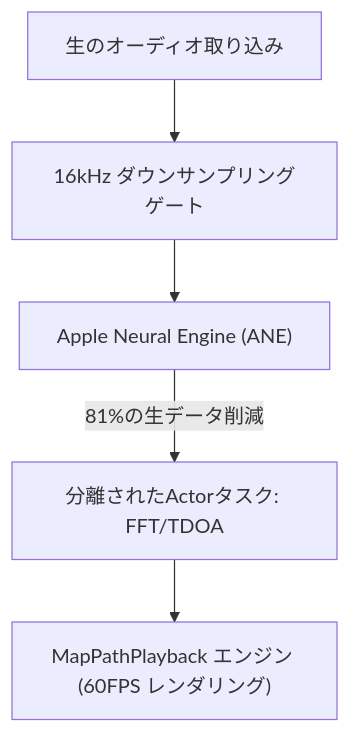
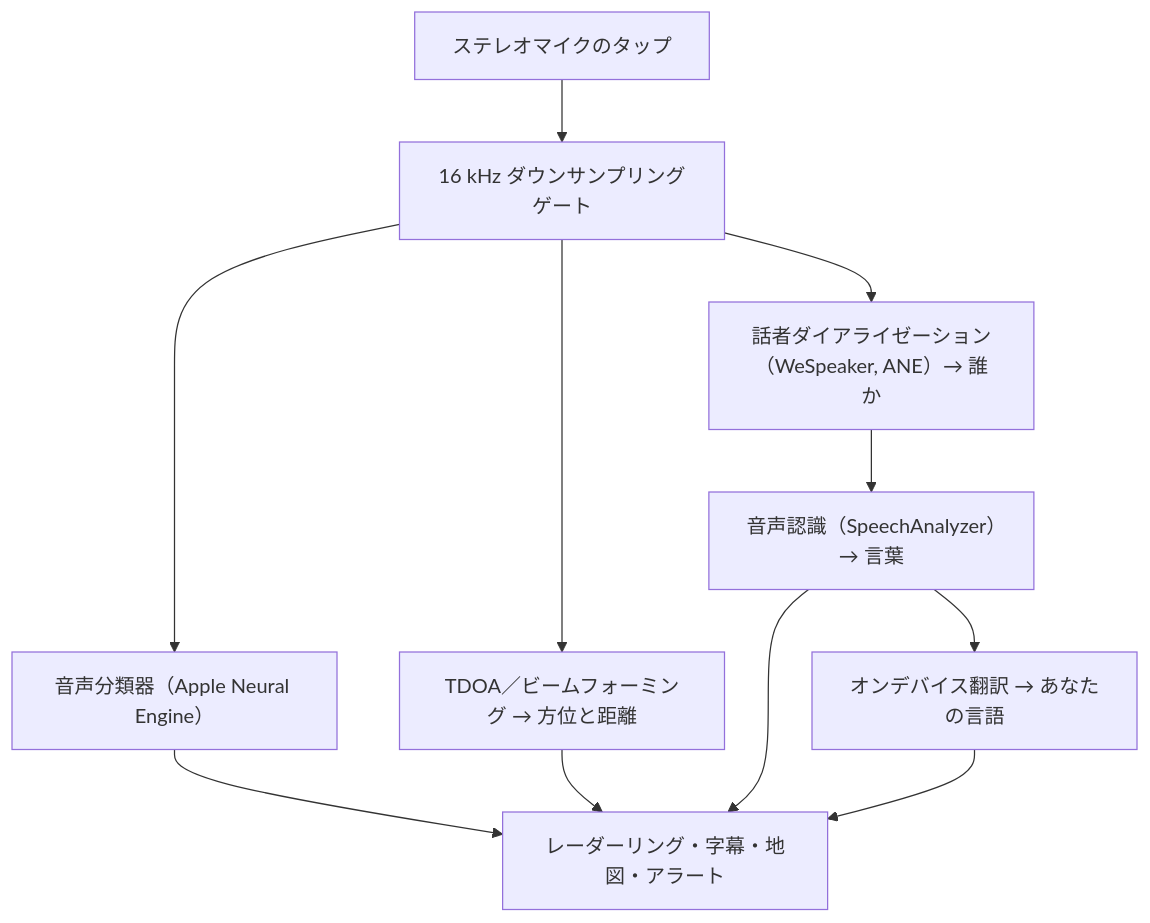
Before and after one commit to rpalm01-star/VigilantEarLegal: the diagram in README_ja.md, drawn with Mermaid. The commit also changed other lines of this file and 6 other files, not shown here.

````diff
--- a/README_ja.md
+++ b/README_ja.md
@@ -39,7 +73,10 @@
 ```mermaid
 graph TD
-    A["生のオーディオ取り込み"] --> B["16kHz ダウンサンプリングゲート"]
-    B --> C["Apple Neural Engine (ANE)"]
-    C -- "81%の生データ削減" --> D["分離されたActorタスク: FFT/TDOA"]
-    D --> E["MapPathPlayback エンジン (60FPS レンダリング)"]
+    A["ステレオマイクのタップ"] --> B["16 kHz ダウンサンプリングゲート"]
+    B --> C["音声分類器（Apple Neural Engine）"]
+    B --> D["TDOA／ビームフォーミング → 方位と距離"]
+    B --> E["話者ダイアライゼーション（WeSpeaker, ANE）→ 誰か"]
+    E --> F["音声認識（SpeechAnalyzer）→ 言葉"]
+    F --> G["オンデバイス翻訳 → あなたの言語"]
+    C & D & F & G --> H["レーダーリング・字幕・地図・アラート"]
 ```
````
